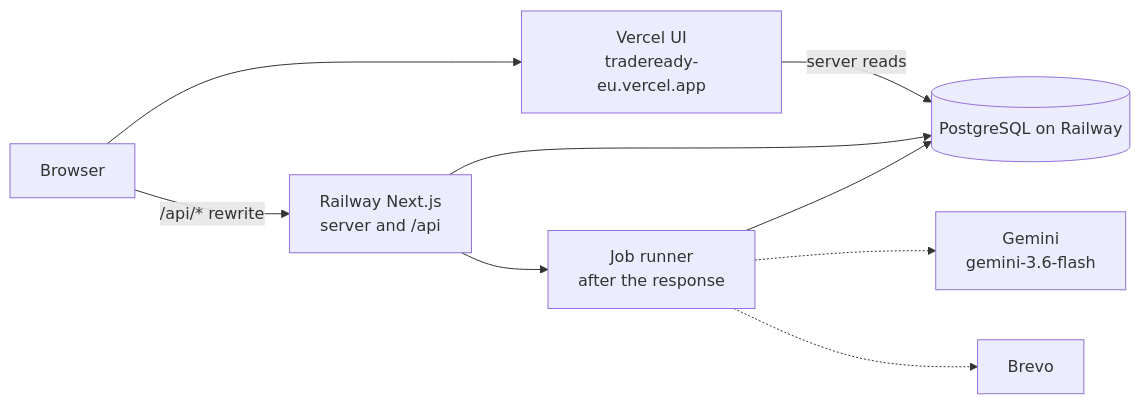
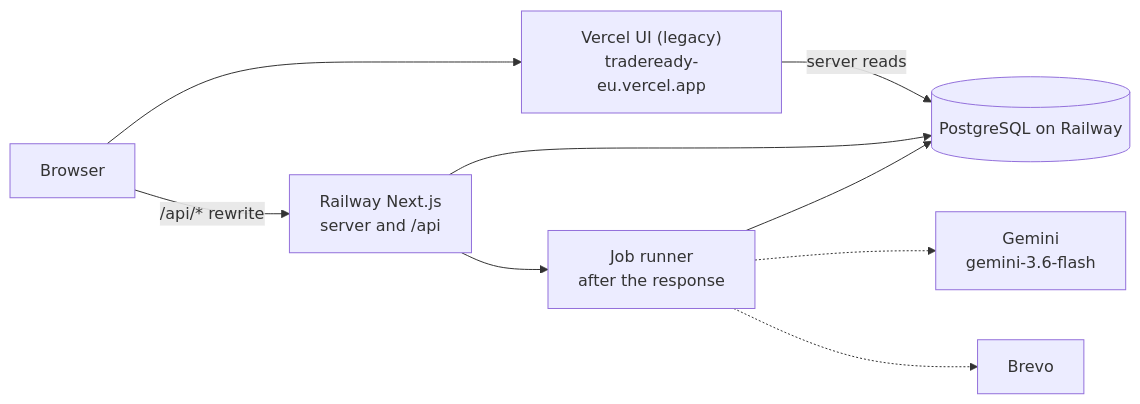
Before and after one commit to namnhatpham1995/hackathon-stuttgart-2026: the diagram in README.md, drawn with Mermaid. The commit also changed other lines of this file and 3 other files, not shown here.

````diff
--- a/README.md
+++ b/README.md
@@ -50,19 +50,19 @@
 ```mermaid
 flowchart LR
   browser[Browser]
-  vercel["Vercel UI<br/>tradeready-eu.vercel.app"]
+  vercel["Vercel UI (legacy)<br/>tradeready-eu.vercel.app"]
   railway["Railway Next.js<br/>server and /api"]
   runner["Job runner<br/>after the response"]
   postgres[(PostgreSQL on Railway)]
   gemini["Gemini<br/>gemini-3.6-flash"]
   brevo[Brevo]
 
   browser --> vercel
   browser -->|"/api/* rewrite"| railway
   vercel -->|"server reads"| postgres
   railway --> postgres
   railway --> runner
   runner --> postgres
   runner -.-> gemini
   runner -.-> brevo
 ```
````
